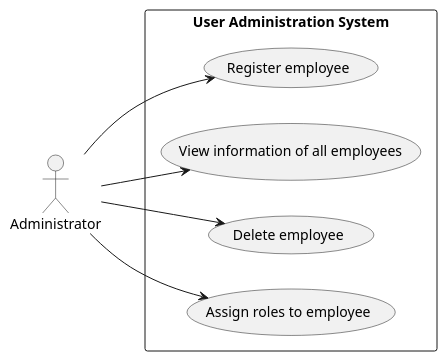
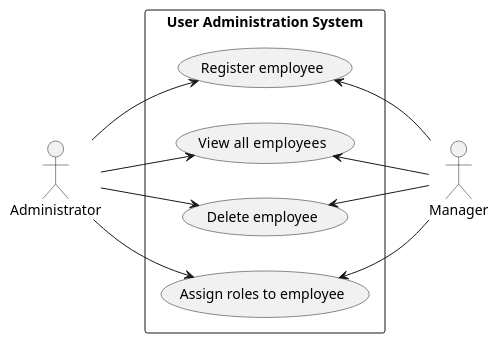
Before and after one commit to mrjink/molveno: the diagram in src/main/docs/uml/use-case/generic/administration.puml, drawn with PlantUML. The commit also changed 3 other files, not shown here.

```diff
--- a/src/main/docs/uml/use-case/generic/administration.puml
+++ b/src/main/docs/uml/use-case/generic/administration.puml
@@ -1,14 +1,25 @@
 @startuml
 
 left to right direction
 
 actor Administrator
+actor Manager
 
 rectangle "User Administration System" {
-    Administrator --> (Register employee)
-    Administrator --> (View information of all employees)
-    Administrator --> (Delete employee)
-    Administrator --> (Assign roles to employee)
+    (Register employee) as (reg)
+    (View  all employees) as (view)
+    (Delete employee) as (del)
+    (Assign roles to employee) as (ass)
+
+    Administrator --> (reg)
+    Administrator --> (view)
+    Administrator --> (del)
+    Administrator --> (ass)
+
+    (reg) <-- Manager
+    (view) <-- Manager
+    (del) <-- Manager
+    (ass) <-- Manager
 }
 
 @enduml
```
